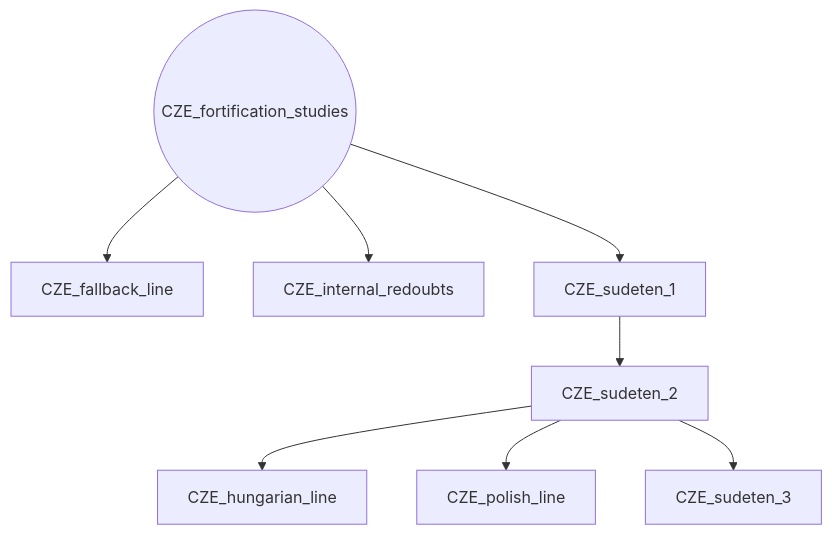
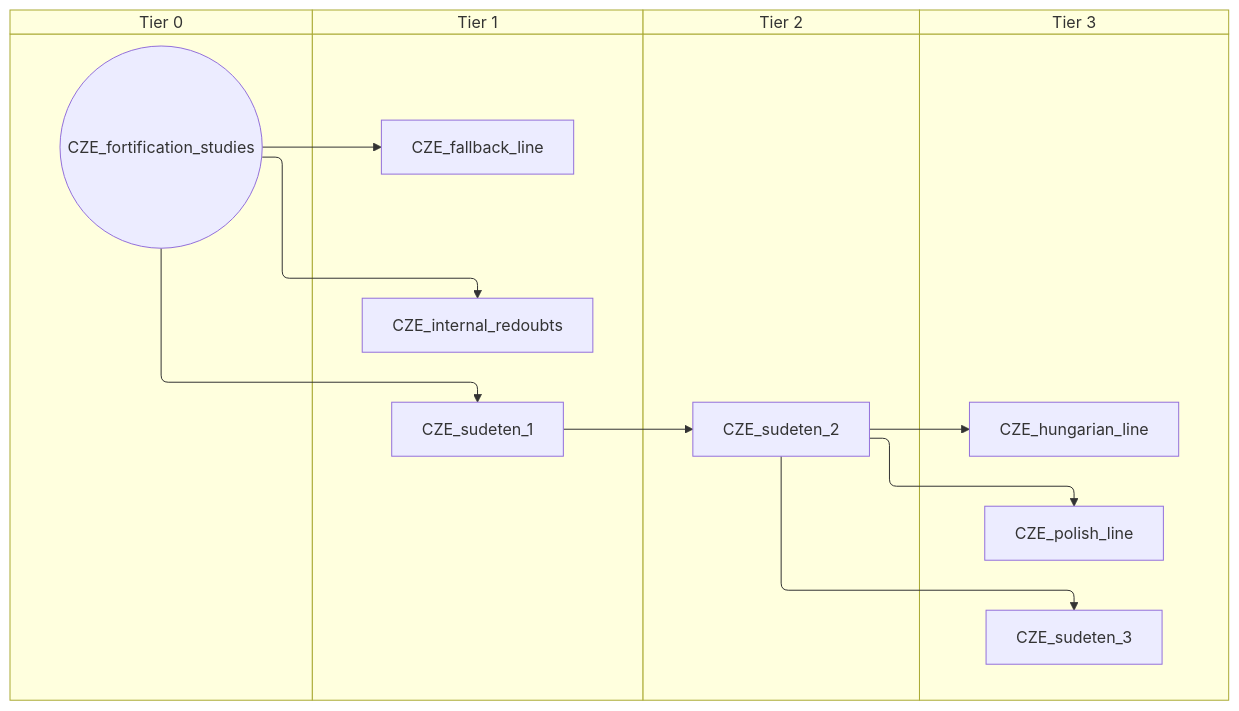
Before and after one commit to evgeny-sobol/hoi4-sandbox-mode: the second of 7 diagrams in docs/gdd/National Focuses/czechoslovakia.md, drawn with Mermaid. The commit also changed other lines of this file and 80 other files, not shown here.

First line of the commit message:
Add swimlane mode to focus graph exporter

````diff
--- a/docs/gdd/National Focuses/czechoslovakia.md
+++ b/docs/gdd/National Focuses/czechoslovakia.md
@@ -27,18 +35,26 @@
 ```mermaid
-flowchart TD
-    n9["CZE_fallback_line"]
-    n10(("CZE_fortification_studies"))
-    n11["CZE_hungarian_line"]
-    n12["CZE_internal_redoubts"]
-    n13["CZE_polish_line"]
-    n14["CZE_sudeten_1"]
-    n15["CZE_sudeten_2"]
-    n16["CZE_sudeten_3"]
-    n10 --> n9
-    n15 --> n11
-    n10 --> n12
-    n15 --> n13
-    n10 --> n14
-    n14 --> n15
-    n15 --> n16
+swimlane-beta TD
+    subgraph tier_0["Tier 0"]
+        n9(("CZE_fortification_studies"))
+    end
+    subgraph tier_1["Tier 1"]
+        n10["CZE_fallback_line"]
+        n11["CZE_internal_redoubts"]
+        n12["CZE_sudeten_1"]
+    end
+    subgraph tier_2["Tier 2"]
+        n13["CZE_sudeten_2"]
+    end
+    subgraph tier_3["Tier 3"]
+        n14["CZE_hungarian_line"]
+        n15["CZE_polish_line"]
+        n16["CZE_sudeten_3"]
+    end
+    n9 --> n10
+    n13 --> n14
+    n9 --> n11
+    n13 --> n15
+    n9 --> n12
+    n12 --> n13
+    n13 --> n16
 ```
````
